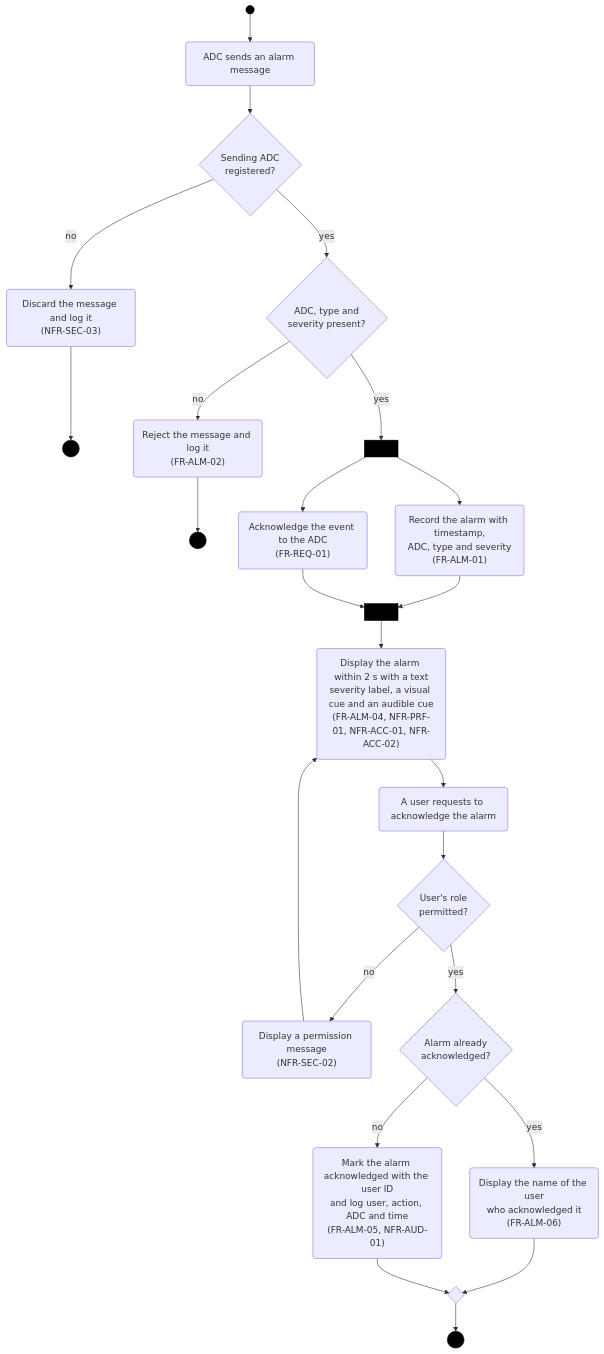
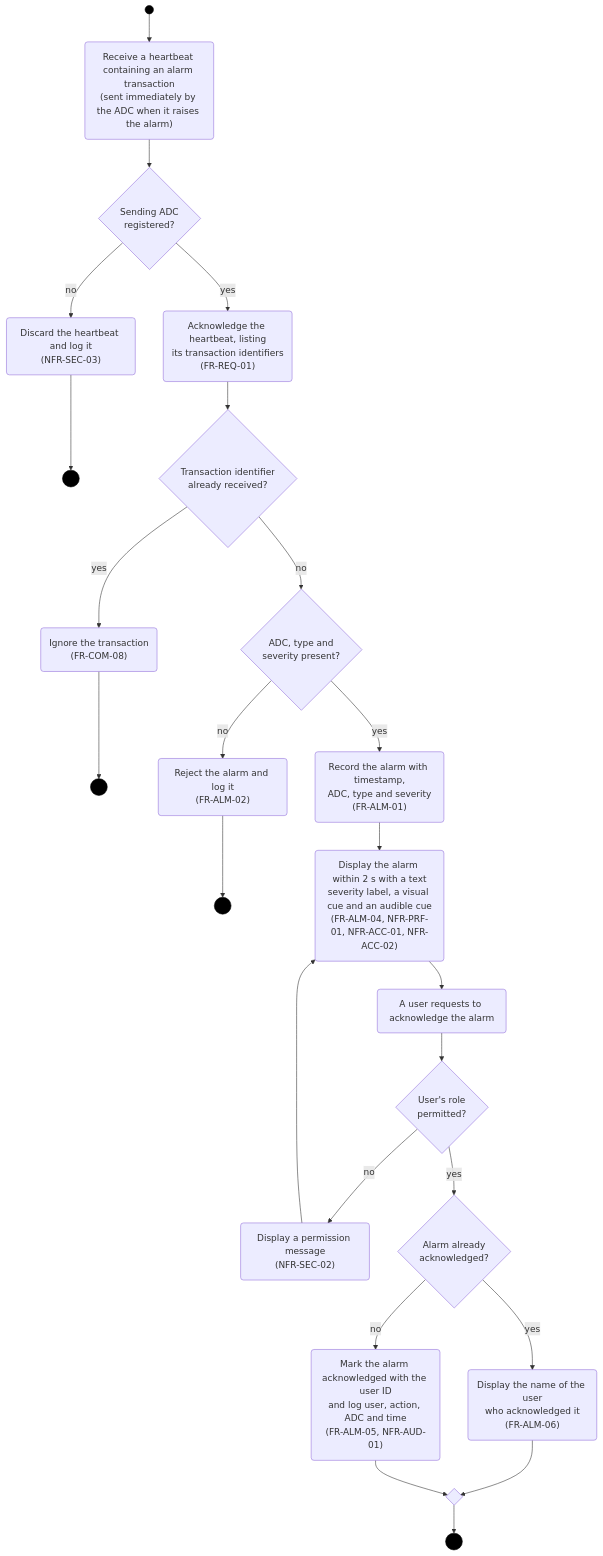
Before and after one commit to LukaMrt/3K04-project: the second of 4 diagrams in docs/part-b/diagrams/activity-diagram.md, drawn with Mermaid. The commit also changed other lines of this file and 5 other files, not shown here.

````diff
--- a/docs/part-b/diagrams/activity-diagram.md
+++ b/docs/part-b/diagrams/activity-diagram.md
@@ -33,33 +33,31 @@
 ```mermaid
 flowchart TD
-    Start((" ")) --> Receive("ADC sends an alarm message")
+    Start((" ")) --> Receive("Receive a heartbeat containing an alarm transaction<br/>(sent immediately by the ADC when it raises the alarm)")
     Receive --> Registered{"Sending ADC<br/>registered?"}
-    Registered -- "no" --> Discard("Discard the message and log it<br/>(NFR-SEC-03)")
+    Registered -- "no" --> Discard("Discard the heartbeat and log it<br/>(NFR-SEC-03)")
     Discard --> EndA(((" ")))
-    Registered -- "yes" --> Complete{"ADC, type and<br/>severity present?"}
-    Complete -- "no" --> Reject("Reject the message and log it<br/>(FR-ALM-02)")
-    Reject --> EndB(((" ")))
-    Complete -- "yes" --> Fork[" "]
-    Fork --> Record("Record the alarm with timestamp,<br/>ADC, type and severity<br/>(FR-ALM-01)")
-    Fork --> Ack("Acknowledge the event to the ADC<br/>(FR-REQ-01)")
-    Record --> Join[" "]
-    Ack --> Join
-    Join --> Display("Display the alarm within 2 s with a text<br/>severity label, a visual cue and an audible cue<br/>(FR-ALM-04, NFR-PRF-01, NFR-ACC-01, NFR-ACC-02)")
+    Registered -- "yes" --> Ack("Acknowledge the heartbeat, listing<br/>its transaction identifiers<br/>(FR-REQ-01)")
+    Ack --> Duplicate{"Transaction identifier<br/>already received?"}
+    Duplicate -- "yes" --> Ignore("Ignore the transaction<br/>(FR-COM-08)")
+    Ignore --> EndB(((" ")))
+    Duplicate -- "no" --> Complete{"ADC, type and<br/>severity present?"}
+    Complete -- "no" --> Reject("Reject the alarm and log it<br/>(FR-ALM-02)")
+    Reject --> EndC(((" ")))
+    Complete -- "yes" --> Record("Record the alarm with timestamp,<br/>ADC, type and severity<br/>(FR-ALM-01)")
+    Record --> Display("Display the alarm within 2 s with a text<br/>severity label, a visual cue and an audible cue<br/>(FR-ALM-04, NFR-PRF-01, NFR-ACC-01, NFR-ACC-02)")
     Display --> UserAck("A user requests to acknowledge the alarm")
     UserAck --> Permitted{"User's role<br/>permitted?"}
     Permitted -- "no" --> Denied("Display a permission message<br/>(NFR-SEC-02)")
     Denied --> Display
     Permitted -- "yes" --> Already{"Alarm already<br/>acknowledged?"}
     Already -- "yes" --> Inform("Display the name of the user<br/>who acknowledged it<br/>(FR-ALM-06)")
     Already -- "no" --> Mark("Mark the alarm acknowledged with the user ID<br/>and log user, action, ADC and time<br/>(FR-ALM-05, NFR-AUD-01)")
     Inform --> M{" "}
     Mark --> M
-    M --> EndC(((" ")))
+    M --> EndD(((" ")))
 
     classDef initial fill:#000,stroke:#000;
     classDef final fill:#000,stroke:#000;
-    classDef bar fill:#000,stroke:#000,color:#000;
     class Start initial;
-    class EndA,EndB,EndC final;
-    class Fork,Join bar;
+    class EndA,EndB,EndC,EndD final;
 ```
````
